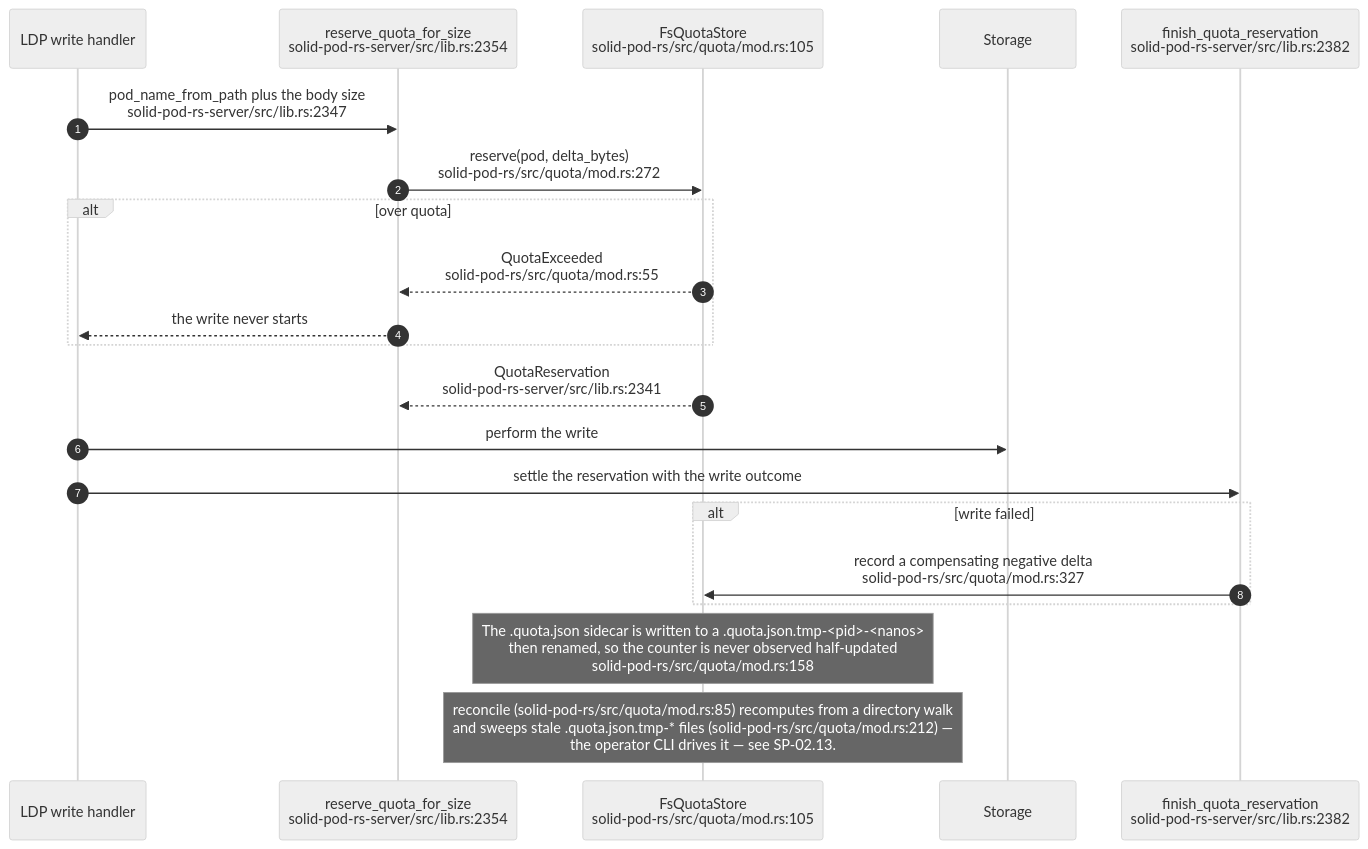
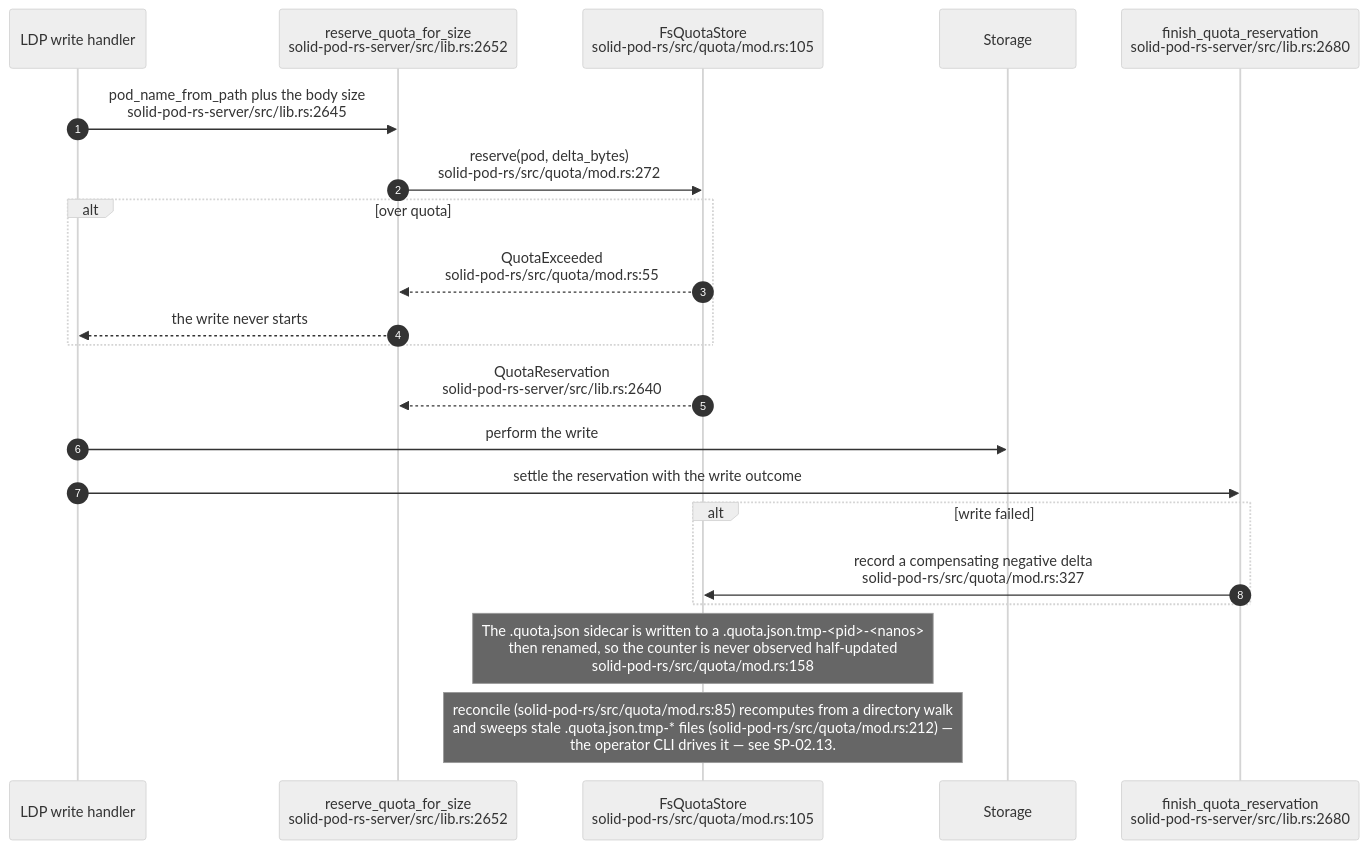
Before and after one commit to DreamLab-AI/VisionFlow: the fifth of 11 diagrams in docs/diagrams/solid-pod-rs/06-storage-quota-and-git-pods.md, drawn with Mermaid (neutral theme). The commit also changed other lines of this file and 160 other files, not shown here.

````diff
--- a/docs/diagrams/solid-pod-rs/06-storage-quota-and-git-pods.md
+++ b/docs/diagrams/solid-pod-rs/06-storage-quota-and-git-pods.md
@@ -125,24 +133,24 @@
 ```mermaid
 sequenceDiagram
     autonumber
     participant H as LDP write handler
-    participant RQ as reserve_quota_for_size<br/>solid-pod-rs-server/src/lib.rs:2354
+    participant RQ as reserve_quota_for_size<br/>solid-pod-rs-server/src/lib.rs:2652
     participant Q as FsQuotaStore<br/>solid-pod-rs/src/quota/mod.rs:105
     participant S as Storage
-    participant FQ as finish_quota_reservation<br/>solid-pod-rs-server/src/lib.rs:2382
+    participant FQ as finish_quota_reservation<br/>solid-pod-rs-server/src/lib.rs:2680
 
-    H->>RQ: pod_name_from_path plus the body size<br/>solid-pod-rs-server/src/lib.rs:2347
+    H->>RQ: pod_name_from_path plus the body size<br/>solid-pod-rs-server/src/lib.rs:2645
     RQ->>Q: reserve(pod, delta_bytes)<br/>solid-pod-rs/src/quota/mod.rs:272
     alt over quota
         Q-->>RQ: QuotaExceeded<br/>solid-pod-rs/src/quota/mod.rs:55
         RQ-->>H: the write never starts
     end
-    Q-->>RQ: QuotaReservation<br/>solid-pod-rs-server/src/lib.rs:2341
+    Q-->>RQ: QuotaReservation<br/>solid-pod-rs-server/src/lib.rs:2640
     H->>S: perform the write
     H->>FQ: settle the reservation with the write outcome
     alt write failed
         FQ->>Q: record a compensating negative delta<br/>solid-pod-rs/src/quota/mod.rs:327
     end
     Note over Q: The .quota.json sidecar is written to a .quota.json.tmp-<pid>-<nanos><br/>then renamed, so the counter is never observed half-updated<br/>solid-pod-rs/src/quota/mod.rs:158
     Note over Q: reconcile (solid-pod-rs/src/quota/mod.rs:85) recomputes from a directory walk<br/>and sweeps stale .quota.json.tmp-* files (solid-pod-rs/src/quota/mod.rs:212) —<br/>the operator CLI drives it — see SP-02.13.
 ```
````
